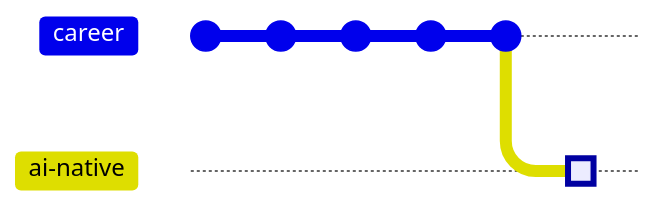
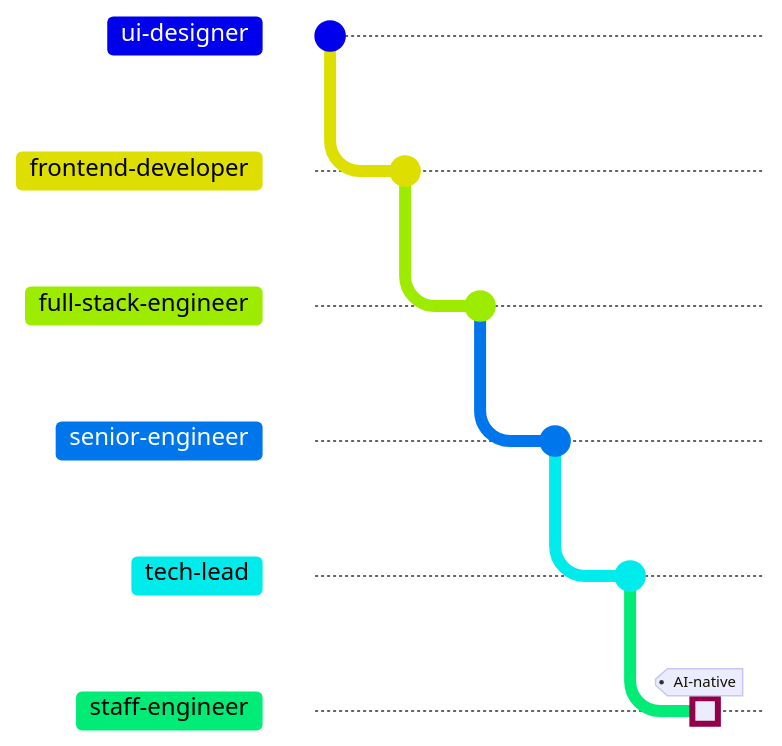
Before and after one commit to MuzafferDede/muzafferdede: the diagram in Readme.md, drawn with Mermaid. Commit ids are hidden.

Commit message:
Give each career position its own branch

````diff
--- a/Readme.md
+++ b/Readme.md
@@ -1,11 +1,15 @@
 ```mermaid
-%%{init: {'gitGraph': {'mainBranchName': 'career'}}}%%
+%%{init: {'gitGraph': {'mainBranchName': 'ui-designer', 'showCommitLabel': false}}}%%
 gitGraph LR:
-  commit id: "UI designer"
-  commit id: "frontend developer"
-  commit id: "full stack engineer"
-  commit id: "senior engineer"
-  commit id: "tech lead"
-  branch ai-native
-  commit id: "staff engineer" type: HIGHLIGHT
+  commit
+  branch frontend-developer
+  commit
+  branch full-stack-engineer
+  commit
+  branch senior-engineer
+  commit
+  branch tech-lead
+  commit
+  branch staff-engineer
+  commit type: HIGHLIGHT tag: "AI-native"
 ```
````
